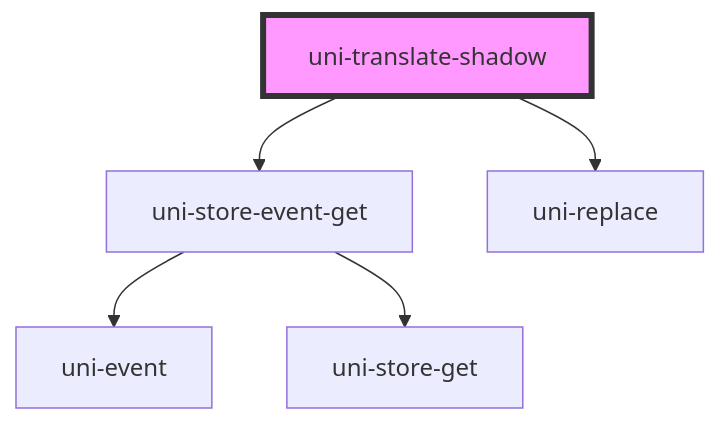
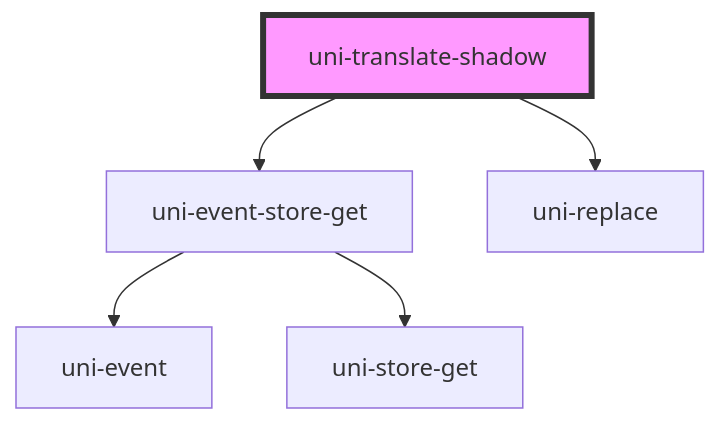
Before and after one commit to uiregex/uni-localize: the diagram in src/translate/components/shadow/readme.md, drawn with Mermaid. The commit also changed other lines of this file and 9 other files, not shown here.

````diff
--- a/src/translate/components/shadow/readme.md
+++ b/src/translate/components/shadow/readme.md
@@ -29,8 +29,8 @@
 ```mermaid
 graph TD;
-  uni-translate-shadow --> uni-store-event-get
+  uni-translate-shadow --> uni-event-store-get
   uni-translate-shadow --> uni-replace
-  uni-store-event-get --> uni-event
-  uni-store-event-get --> uni-store-get
+  uni-event-store-get --> uni-event
+  uni-event-store-get --> uni-store-get
   style uni-translate-shadow fill:#f9f,stroke:#333,stroke-width:4px
 ```
````
